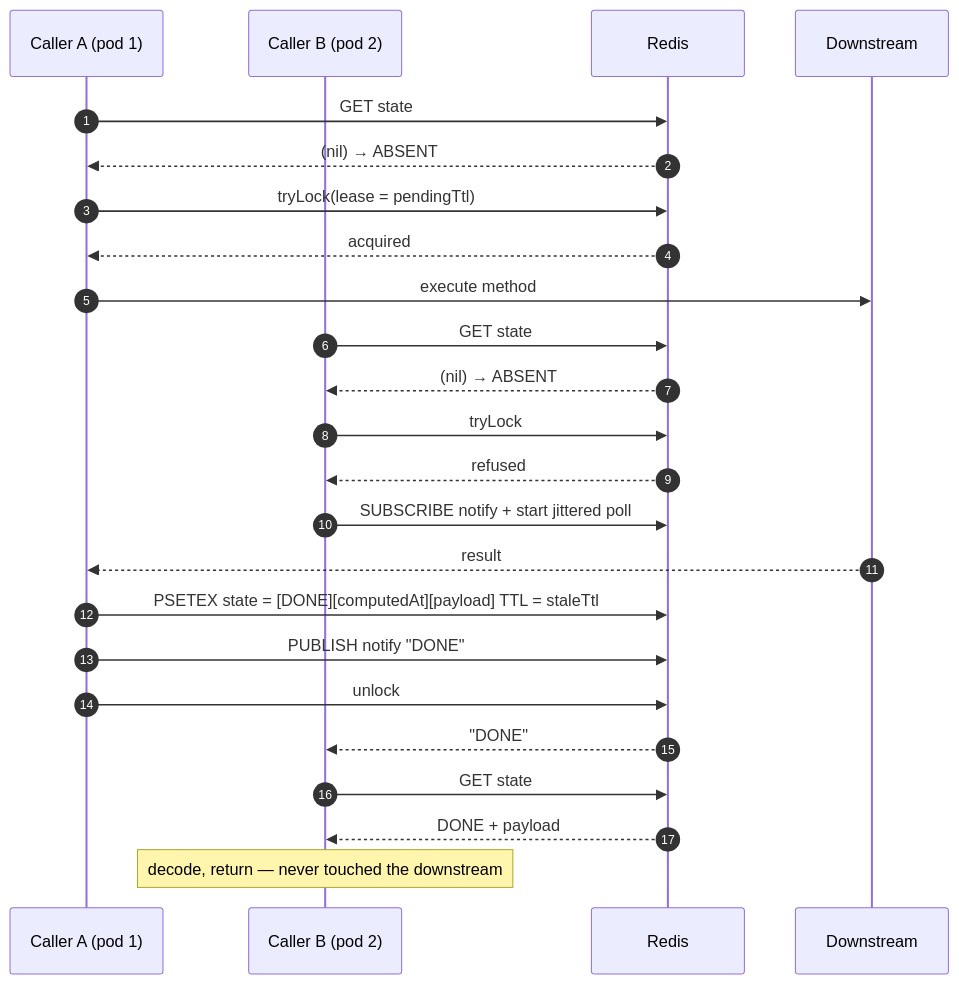
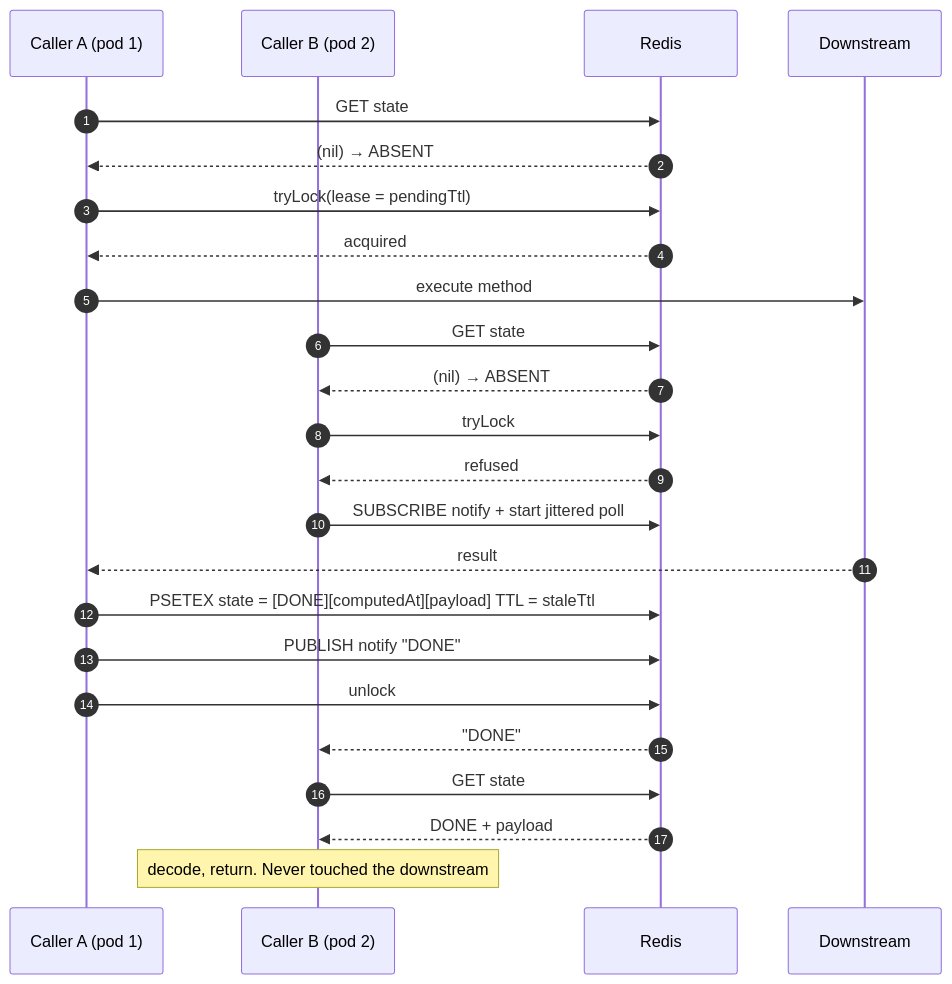
One commit to BitanSarkar/coalesce-java changed the second of 5 diagrams in README.md. Above: the diagram before and after it, drawn with Mermaid. The commit also changed other lines of this file and 9 other files, not shown here.

````diff
--- a/README.md
+++ b/README.md
@@ -305,30 +305,30 @@
 ```mermaid
 sequenceDiagram
     autonumber
     participant A as Caller A (pod 1)
     participant B as Caller B (pod 2)
     participant R as Redis
     participant D as Downstream
 
     A->>R: GET state
     R-->>A: (nil) → ABSENT
     A->>R: tryLock(lease = pendingTtl)
     R-->>A: acquired
     A->>D: execute method
 
     B->>R: GET state
     R-->>B: (nil) → ABSENT
     B->>R: tryLock
     R-->>B: refused
     B->>R: SUBSCRIBE notify + start jittered poll
 
     D-->>A: result
     A->>R: PSETEX state = [DONE][computedAt][payload]  TTL = staleTtl
     A->>R: PUBLISH notify "DONE"
     A->>R: unlock
 
     R-->>B: "DONE"
     B->>R: GET state
     R-->>B: DONE + payload
-    Note over B: decode, return — never touched the downstream
+    Note over B: decode, return. Never touched the downstream
 ```
````
